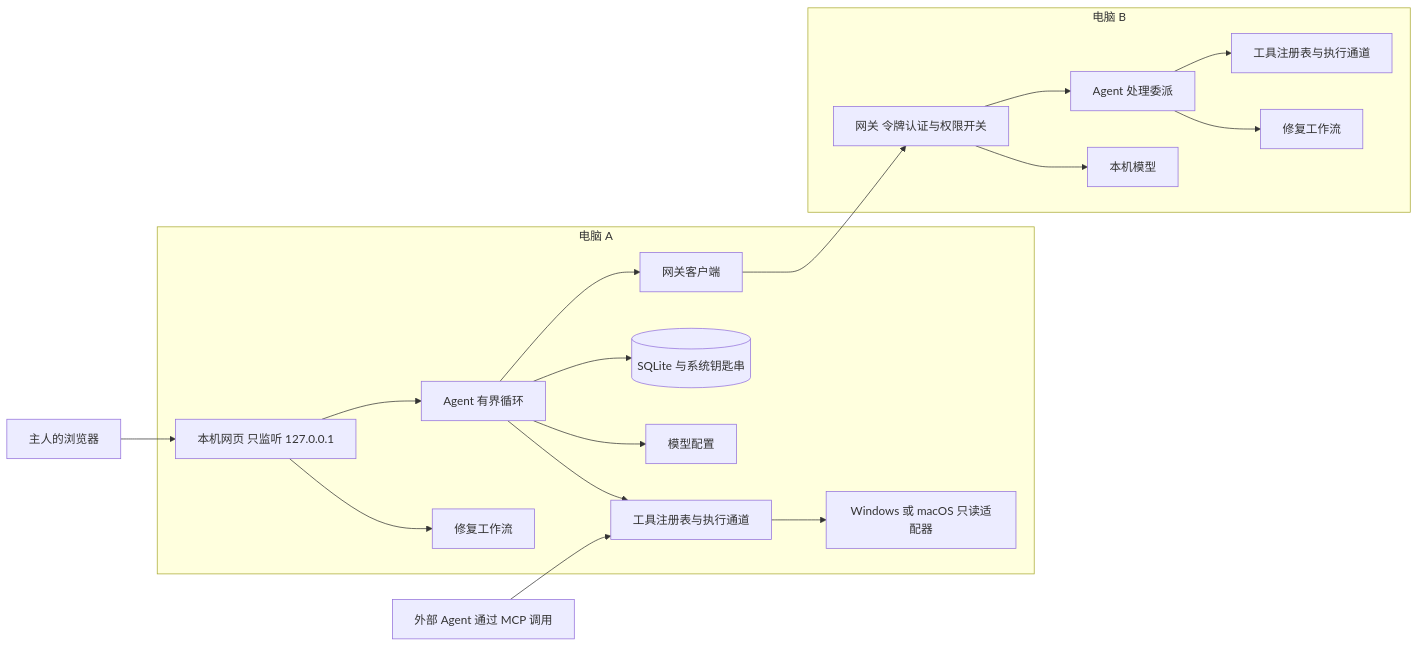
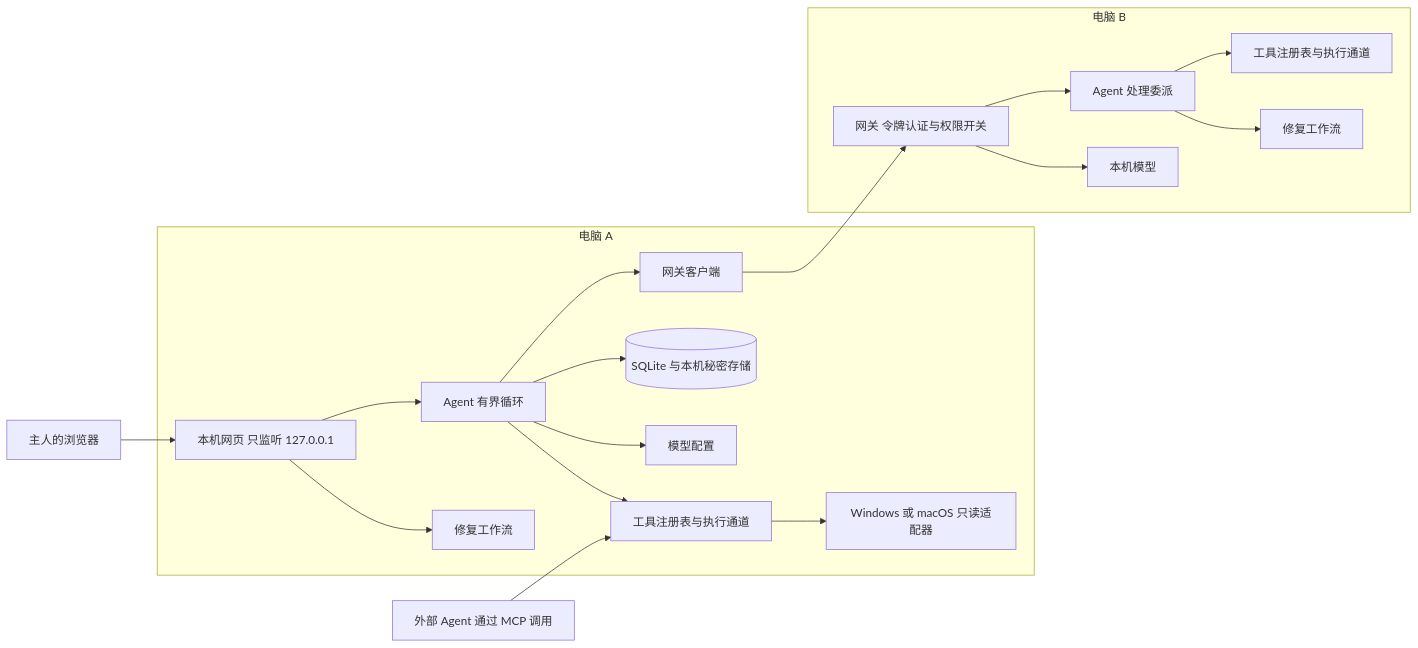
Before and after one commit to Sugarfarmeriod/TunnelMinion: the first of 2 diagrams in docs/architecture.md, drawn with Mermaid. The commit also changed other lines of this file and 18 other files, not shown here.

````diff
--- a/docs/architecture.md
+++ b/docs/architecture.md
@@ -14,36 +14,36 @@
 ```mermaid
 flowchart LR
     user[主人的浏览器]
 
     subgraph nodeA[电脑 A]
         webA[本机网页 只监听 127.0.0.1]
         agentA[Agent 有界循环]
         toolsA[工具注册表与执行通道]
         platformA[Windows 或 macOS 只读适配器]
         repairA[修复工作流]
-        storeA[(SQLite 与系统钥匙串)]
+        storeA[(SQLite 与本机秘密存储)]
         modelA[模型配置]
         clientA[网关客户端]
     end
 
     subgraph nodeB[电脑 B]
         gatewayB[网关 令牌认证与权限开关]
         agentB[Agent 处理委派]
         toolsB[工具注册表与执行通道]
         repairB[修复工作流]
         modelB[本机模型]
     end
 
     mcp[外部 Agent 通过 MCP 调用]
 
     user --> webA --> agentA
     agentA --> toolsA --> platformA
     agentA --> modelA
     webA --> repairA
     agentA --> storeA
     agentA --> clientA --> gatewayB
     gatewayB --> agentB --> toolsB
     agentB --> repairB
     gatewayB --> modelB
     mcp --> toolsA
 ```
````
